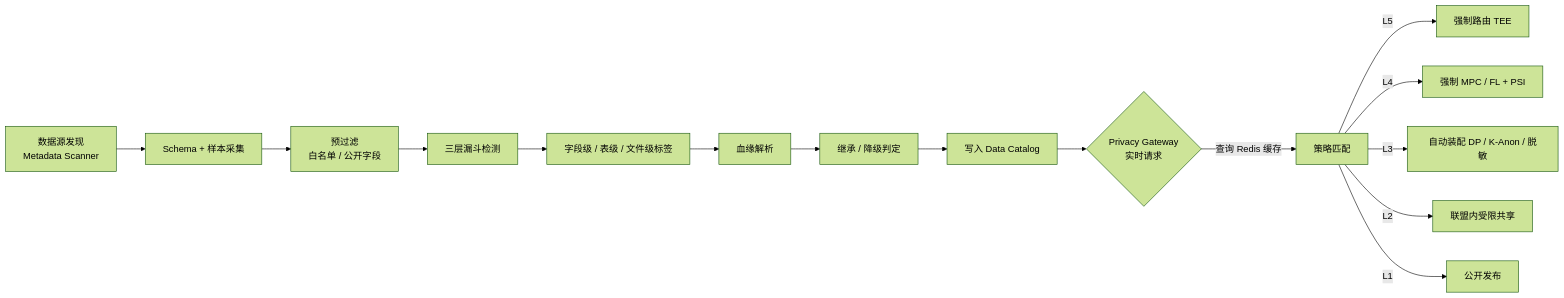
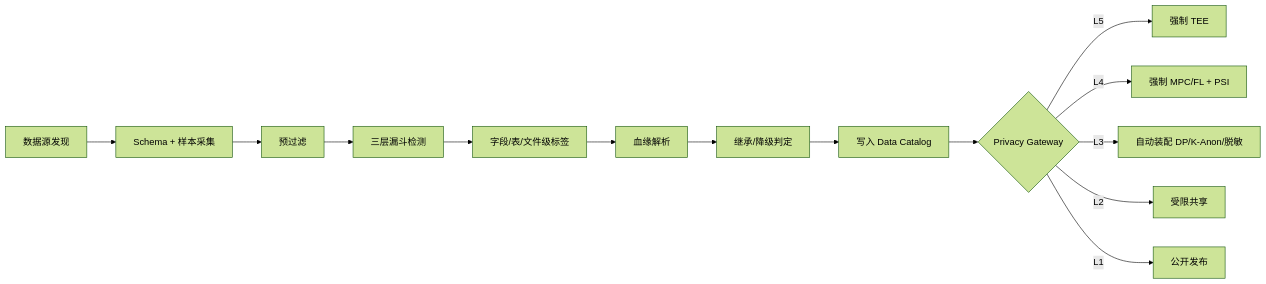
The eighth of 11 diagrams in docs/二次开发项目计划.md (fengzhizi319/sfwork), drawn with Mermaid (forest theme) before and after one commit. The commit also changed other lines of this file, not shown here.

Commit message:
docs: 重写二次开发项目计划为顺序推进版，增加 Mermaid 图表

````diff
--- a/docs/二次开发项目计划.md
+++ b/docs/二次开发项目计划.md
@@ -214,17 +324,16 @@
 ```mermaid
 flowchart LR
-    A[数据源发现<br/>Metadata Scanner] --> B[Schema + 样本采集]
-    B --> C[预过滤<br/>白名单 / 公开字段]
+    A[数据源发现] --> B[Schema + 样本采集]
+    B --> C[预过滤]
     C --> D[三层漏斗检测]
-    D --> E[字段级 / 表级 / 文件级标签]
+    D --> E[字段/表/文件级标签]
     E --> F[血缘解析]
-    F --> G[继承 / 降级判定]
+    F --> G[继承/降级判定]
     G --> H[写入 Data Catalog]
-    H --> I{Privacy Gateway<br/>实时请求}
-    I -->|查询 Redis 缓存| J[策略匹配]
-    J -->|L5| K[强制路由 TEE]
-    J -->|L4| L[强制 MPC / FL + PSI]
-    J -->|L3| M[自动装配 DP / K-Anon / 脱敏]
-    J -->|L2| N[联盟内受限共享]
-    J -->|L1| O[公开发布]
+    H --> I{Privacy Gateway}
+    I -->|L5| J[强制 TEE]
+    I -->|L4| K[强制 MPC/FL + PSI]
+    I -->|L3| L[自动装配 DP/K-Anon/脱敏]
+    I -->|L2| M[受限共享]
+    I -->|L1| N[公开发布]
 ```
````
